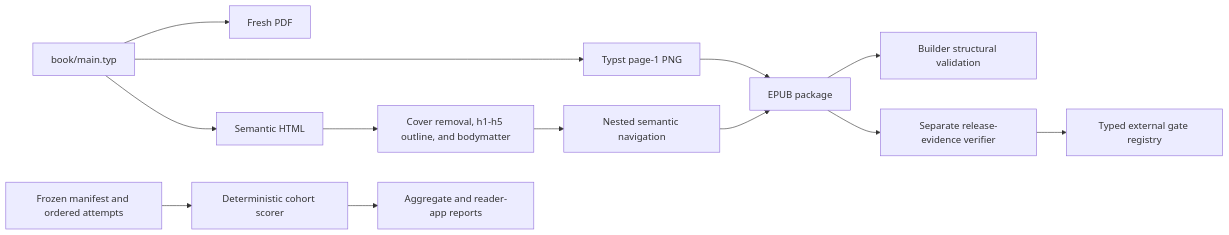
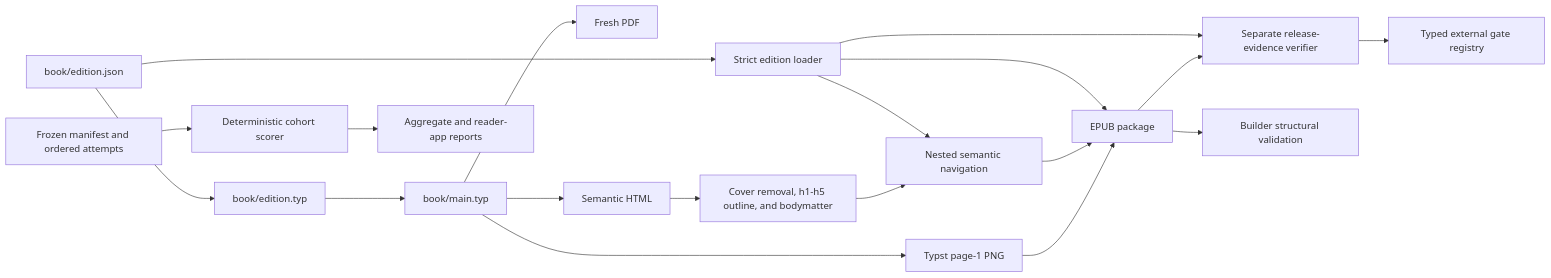
The first of 5 diagrams in scripts/AGENTS.md (streamentry/streamentry), drawn with Mermaid before and after one commit. The commit also changed other lines of this file and 30 other files, not shown here.

````diff
--- a/scripts/AGENTS.md
+++ b/scripts/AGENTS.md
@@ -31,15 +45,21 @@
 ```mermaid
 flowchart LR
+  D["book/edition.json"] --> L["Strict edition loader"]
+  D --> Y["book/edition.typ"]
+  Y --> T
+  L --> N
+  L --> E
+  L --> W
   T["book/main.typ"] --> P["Fresh PDF"]
   T --> C["Typst page-1 PNG"]
   T --> H["Semantic HTML"]
   H --> X["Cover removal, h1-h5 outline, and bodymatter"]
   X --> N["Nested semantic navigation"]
   N --> E["EPUB package"]
   C --> E
   E --> V["Builder structural validation"]
   E --> W["Separate release-evidence verifier"]
   W --> Q["Typed external gate registry"]
   R["Frozen manifest and ordered attempts"] --> S["Deterministic cohort scorer"]
   S --> G["Aggregate and reader-app reports"]
 ```
````
